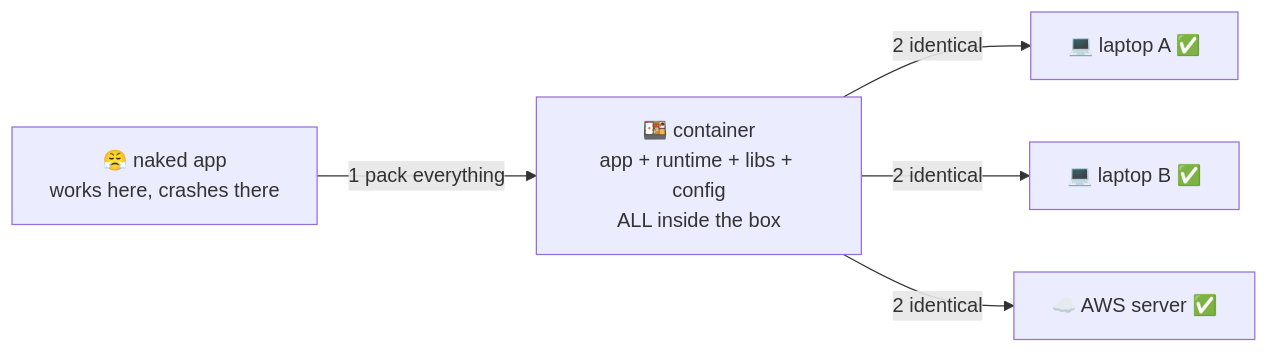
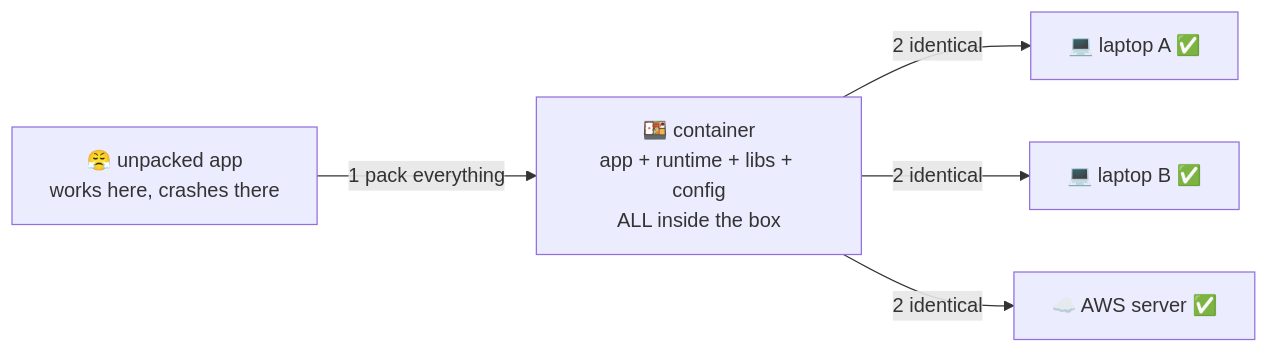
The diagram in lessons/01-why-containers/README.md (BaluRaut/learn-docker-school), drawn with Mermaid before and after one commit. The commit also changed 2 other files, not shown here.

Commit message:
Lesson 1: say "unpacked app" instead of "naked app"

````diff
--- a/lessons/01-why-containers/README.md
+++ b/lessons/01-why-containers/README.md
@@ -35,12 +35,12 @@
 ```mermaid
 flowchart LR
-    naked["😤 naked app<br/>works here, crashes there"]
+    loose["😤 unpacked app<br/>works here, crashes there"]
     box["🍱 container<br/>app + runtime + libs + config<br/>ALL inside the box"]
     a["💻 laptop A ✅"]
     b["💻 laptop B ✅"]
     c["☁️ AWS server ✅"]
-    naked -->|"1 pack everything"| box
+    loose -->|"1 pack everything"| box
     box -->|"2 identical"| a
     box -->|"2 identical"| b
     box -->|"2 identical"| c
 ```
````
